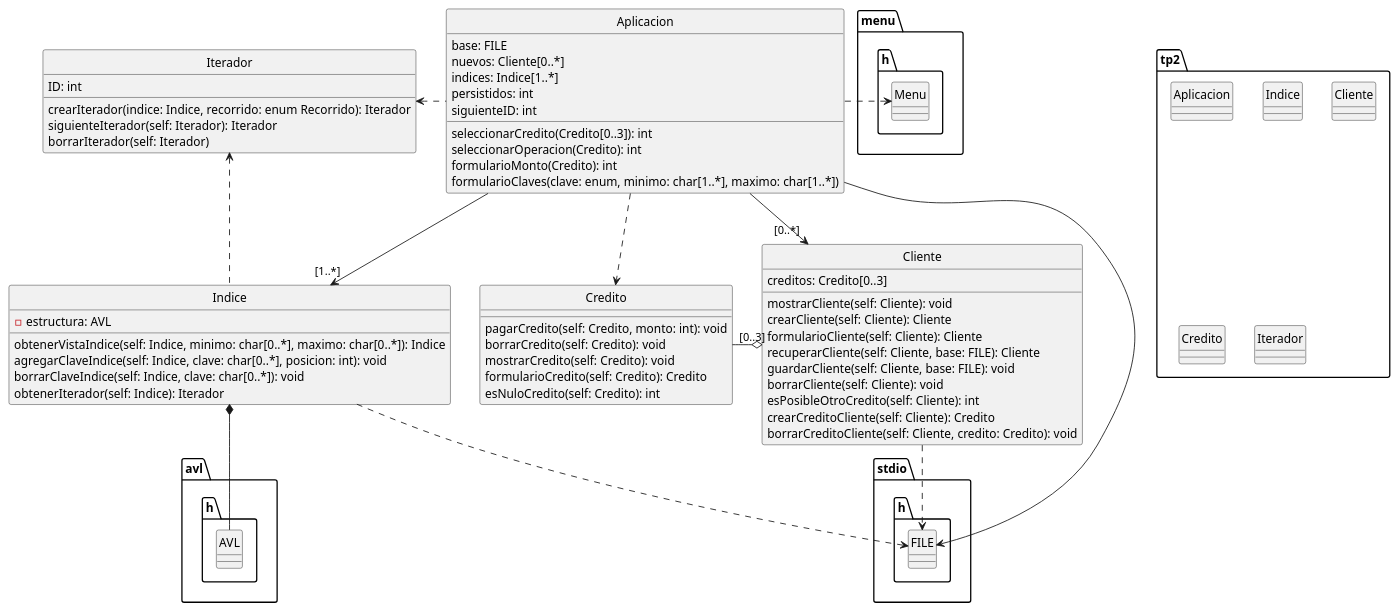
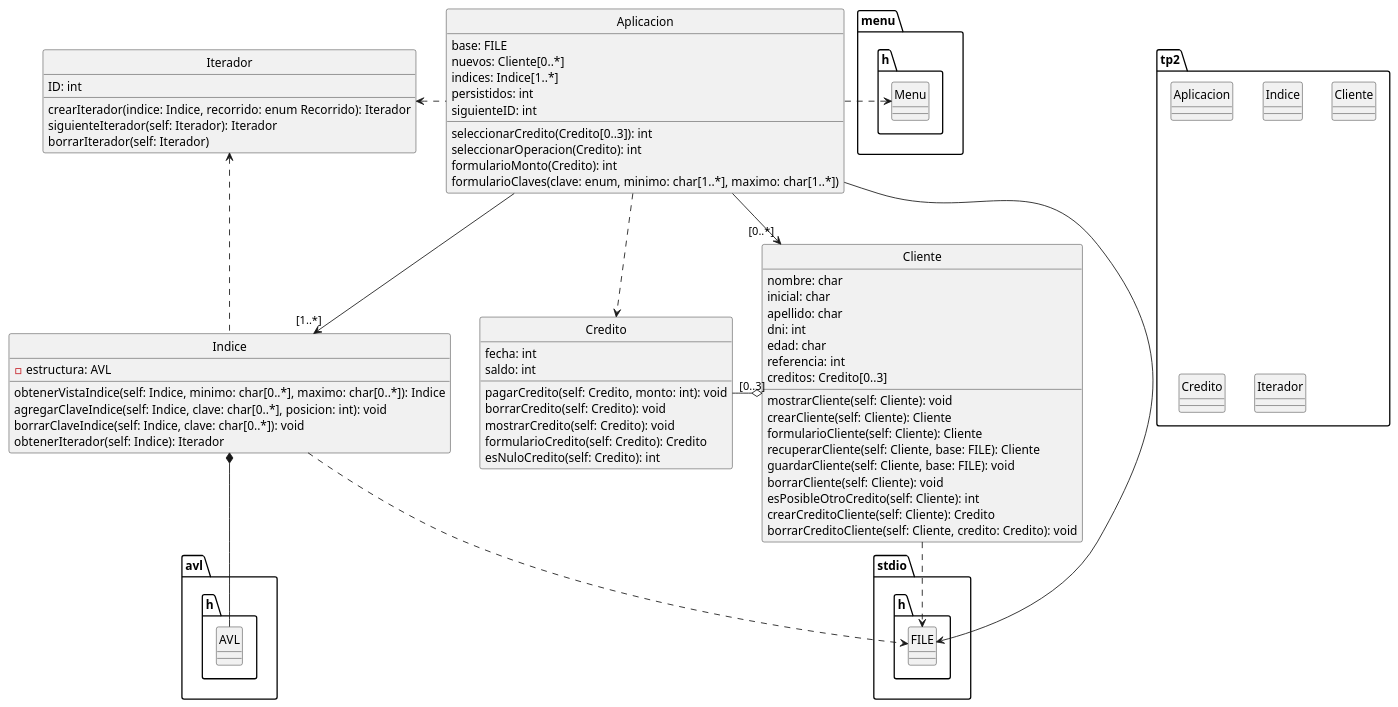
The diagram in diagrama.puml (HeraclitoDeEfeso/TP-final-parte-2), drawn with PlantUML before and after one commit.

Commit message:
algunos atributos agregados al diagrama de clases
atributos de cliente y credito

```diff
--- a/diagrama.puml
+++ b/diagrama.puml
@@ -1,85 +1,93 @@
 @startuml
 
 package tp2 <<Folder>> {
     class Aplicacion 
     class Indice
     class Cliente
     class Credito
     class Iterador
 }
 
 package stdio.h <<Folder>> {
     class FILE
 }
 
 package avl.h <<Folder>> {
     class AVL
 }
 
 package menu.h <<Folder>> {
     class Menu
 }
 
 class Aplicacion {
 	base: FILE
 	nuevos: Cliente[0..*]
 	indices: Indice[1..*]
 	persistidos: int
 	siguienteID: int
 	seleccionarCredito(Credito[0..3]): int
 	seleccionarOperacion(Credito): int
 	formularioMonto(Credito): int
 	formularioClaves(clave: enum, minimo: char[1..*], maximo: char[1..*])
 }
 
 class Cliente {
+	nombre: char
+ 	inicial: char
+	apellido: char
+	dni: int
+	edad: char
+	referencia: int
 	creditos: Credito[0..3]
 	mostrarCliente(self: Cliente): void
 	crearCliente(self: Cliente): Cliente
 	formularioCliente(self: Cliente): Cliente
 	recuperarCliente(self: Cliente, base: FILE): Cliente
 	guardarCliente(self: Cliente, base: FILE): void
 	borrarCliente(self: Cliente): void
 	esPosibleOtroCredito(self: Cliente): int
 	crearCreditoCliente(self: Cliente): Credito
 	borrarCreditoCliente(self: Cliente, credito: Credito): void
 }
 
 class Credito {
+	fecha: int
+  	saldo: int
 	pagarCredito(self: Credito, monto: int): void
 	borrarCredito(self: Credito): void
 	mostrarCredito(self: Credito): void
 	formularioCredito(self: Credito): Credito
 	esNuloCredito(self: Credito): int
 }
 
 class Indice {
 	-estructura: AVL
 	obtenerVistaIndice(self: Indice, minimo: char[0..*], maximo: char[0..*]): Indice
 	agregarClaveIndice(self: Indice, clave: char[0..*], posicion: int): void
 	borrarClaveIndice(self: Indice, clave: char[0..*]): void
 	obtenerIterador(self: Indice): Iterador
 }
 
 class Iterador {
 	ID: int
 	crearIterador(indice: Indice, recorrido: enum Recorrido): Iterador
 	siguienteIterador(self: Iterador): Iterador
 	borrarIterador(self: Iterador)	
 }
 
 Aplicacion .left.> Menu
 Aplicacion --> "[1..*]" Indice
 Aplicacion --> FILE
 Aplicacion --> "[0..*]" Cliente
 Aplicacion ..> Credito
 Cliente o-left- "[0..3]" Credito
 Cliente ..> FILE
 Indice ..> FILE
 Indice *-down- AVL
 Indice .up.> Iterador
 Aplicacion .left.> Iterador
 
 hide class circle
 
 @enduml
```
